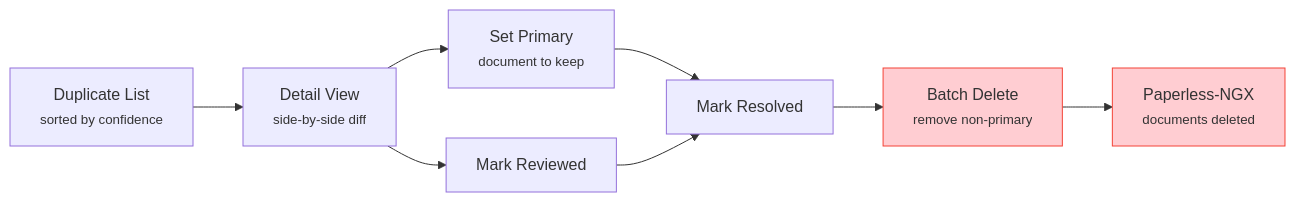
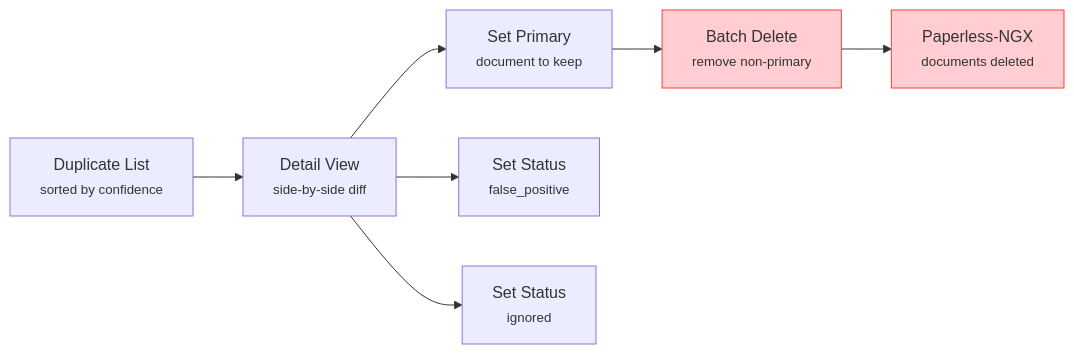
One commit to rknightion/paperless-ngx-dedupe changed the fourth of 5 diagrams in docs/architecture.md. Above: the diagram before and after it, drawn with Mermaid. The commit also changed other lines of this file and 61 other files, not shown here.

````diff
--- a/docs/architecture.md
+++ b/docs/architecture.md
@@ -160,13 +160,12 @@
 ```mermaid
 flowchart LR
     List["Duplicate List<br/><small>sorted by confidence</small>"] --> Detail["Detail View<br/><small>side-by-side diff</small>"]
     Detail --> Primary["Set Primary<br/><small>document to keep</small>"]
-    Detail --> Review["Mark Reviewed"]
-    Primary --> Resolve["Mark Resolved"]
-    Review --> Resolve
-    Resolve --> Batch["Batch Delete<br/><small>remove non-primary</small>"]
+    Detail --> FalsePositive["Set Status<br/><small>false_positive</small>"]
+    Detail --> Ignored["Set Status<br/><small>ignored</small>"]
+    Primary --> Batch["Batch Delete<br/><small>remove non-primary</small>"]
     Batch --> Paperless["Paperless-NGX<br/><small>documents deleted</small>"]
 
     style Batch fill:#ffcdd2,stroke:#f44336
     style Paperless fill:#ffcdd2,stroke:#f44336
 ```
````
